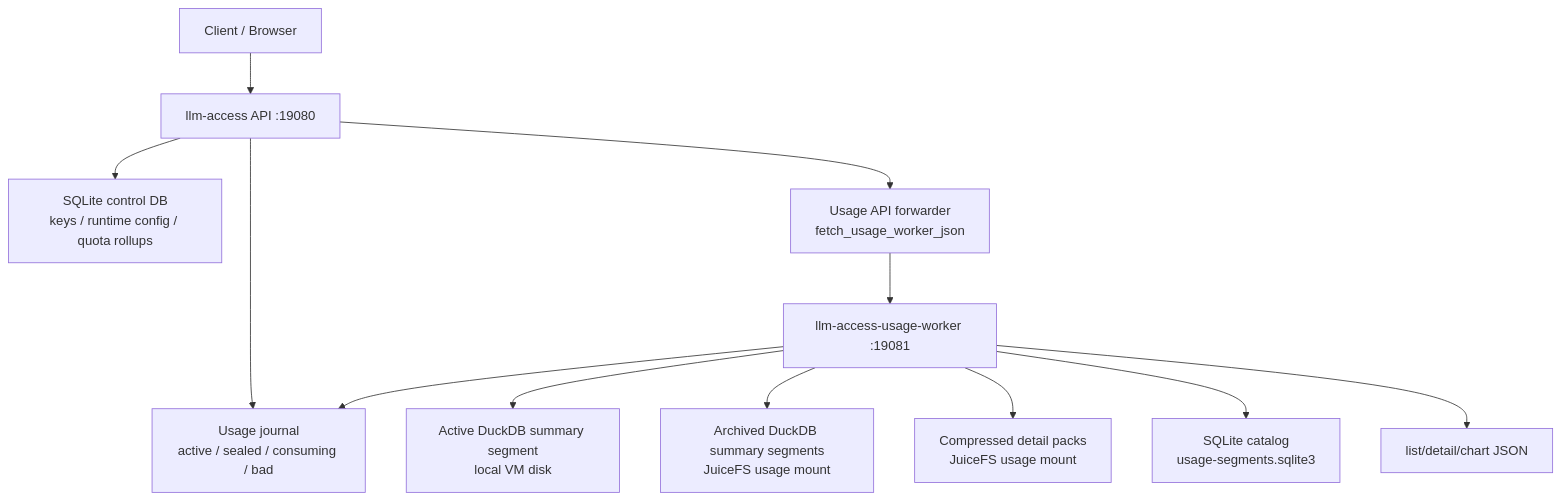
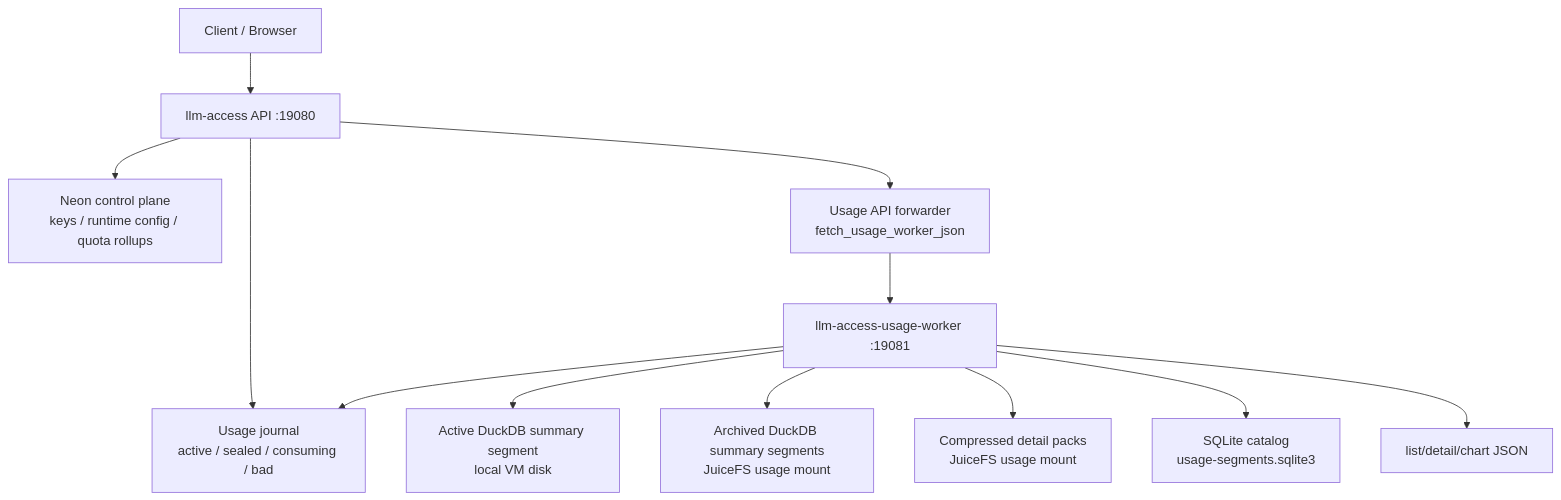
Before and after one commit to acking-you/static_flow: the diagram in docs/llm-access-tiered-usage-analytics.md, drawn with Mermaid. The commit also changed other lines of this file and 8 other files, not shown here.

````diff
--- a/docs/llm-access-tiered-usage-analytics.md
+++ b/docs/llm-access-tiered-usage-analytics.md
@@ -89,16 +93,16 @@
 ```mermaid
 flowchart TD
     Client["Client / Browser"] --> Api["llm-access API :19080"]
-    Api --> Control["SQLite control DB<br/>keys / runtime config / quota rollups"]
+    Api --> Control["Neon control plane<br/>keys / runtime config / quota rollups"]
     Api --> Journal["Usage journal<br/>active / sealed / consuming / bad"]
     Api --> Forward["Usage API forwarder<br/>fetch_usage_worker_json"]
 
     Worker["llm-access-usage-worker :19081"] --> Journal
     Worker --> Active["Active DuckDB summary segment<br/>local VM disk"]
     Worker --> Archive["Archived DuckDB summary segments<br/>JuiceFS usage mount"]
     Worker --> Details["Compressed detail packs<br/>JuiceFS usage mount"]
     Worker --> Catalog["SQLite catalog<br/>usage-segments.sqlite3"]
 
     Forward --> Worker
     Worker --> PublicUsage["list/detail/chart JSON"]
 ```
````
